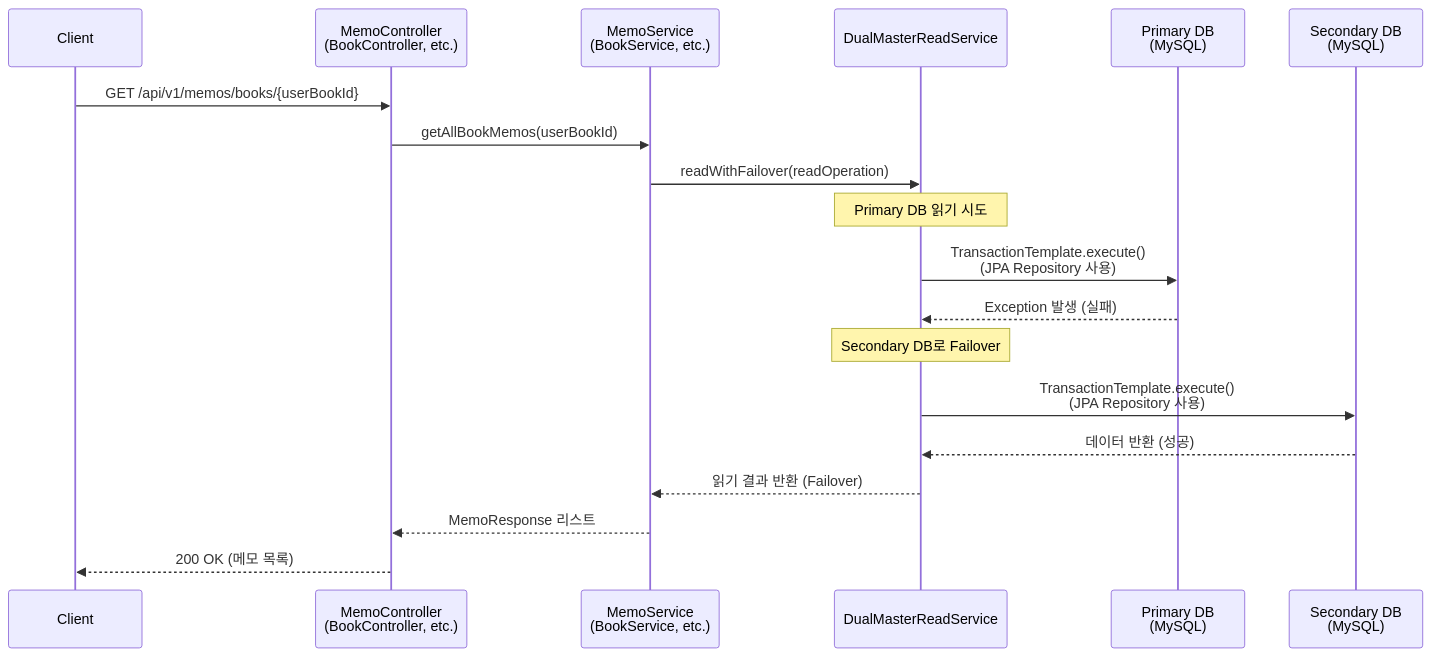
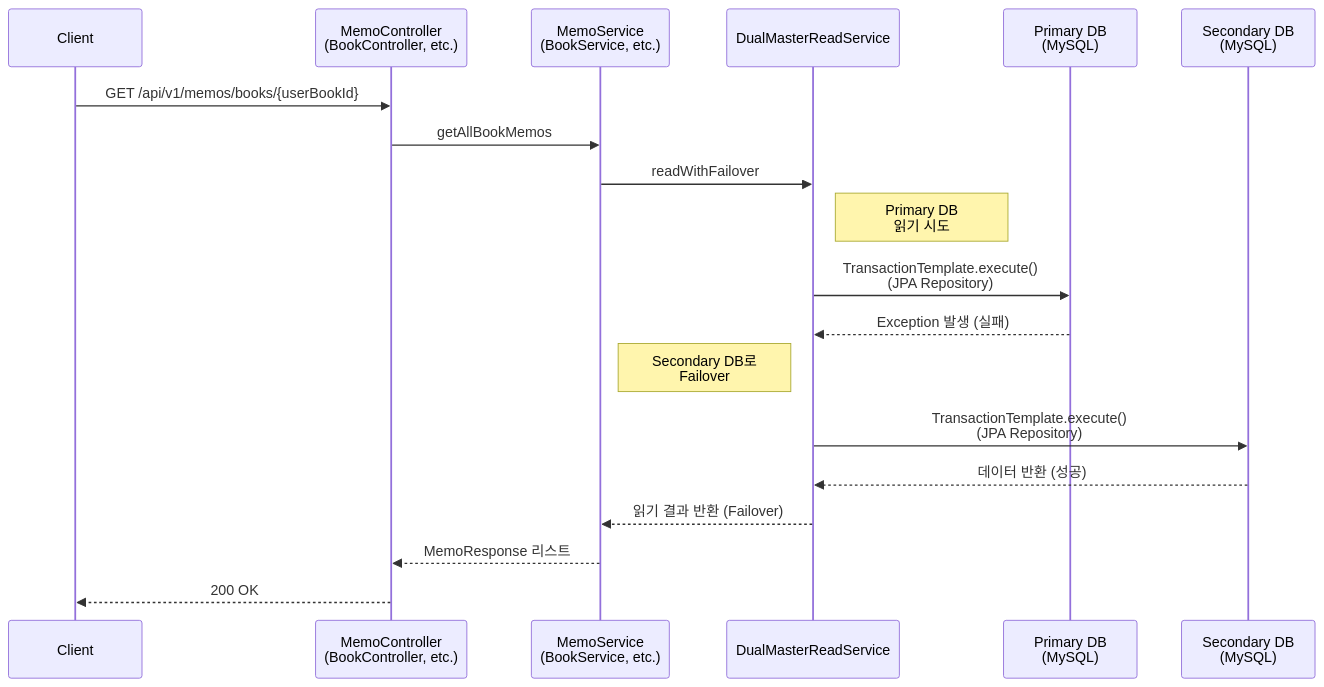
One commit to Park-Yena00/Reading_tracker changed the second of 7 diagrams in docs/architecture/SCENARIO2_RUNTIME_VIEW.md. Above: the diagram before and after it, drawn with Mermaid. The commit also changed other lines of this file and 2 other files, not shown here.

First line of the commit message:
docs: 다이어그램 선과 주석 겹침 문제 수정

````diff
--- a/docs/architecture/SCENARIO2_RUNTIME_VIEW.md
+++ b/docs/architecture/SCENARIO2_RUNTIME_VIEW.md
@@ -46,26 +45,25 @@
 ```mermaid
 sequenceDiagram
     participant Client
     participant Controller as MemoController<br/>(BookController, etc.)
     participant Service as MemoService<br/>(BookService, etc.)
     participant ReadService as DualMasterReadService
     participant PrimaryDB as Primary DB<br/>(MySQL)
     participant SecondaryDB as Secondary DB<br/>(MySQL)
 
     Client->>Controller: GET /api/v1/memos/books/{userBookId}
-    Controller->>Service: getAllBookMemos(userBookId)
+    Controller->>Service: getAllBookMemos
+    Service->>ReadService: readWithFailover
     
-    Service->>ReadService: readWithFailover(readOperation)
-    
-    Note over ReadService: Primary DB 읽기 시도
-    ReadService->>PrimaryDB: TransactionTemplate.execute()<br/>(JPA Repository 사용)
+    Note right of ReadService: Primary DB<br/>읽기 시도
+    ReadService->>PrimaryDB: TransactionTemplate.execute()<br/>(JPA Repository)
     PrimaryDB-->>ReadService: Exception 발생 (실패)
     
-    Note over ReadService: Secondary DB로 Failover
-    ReadService->>SecondaryDB: TransactionTemplate.execute()<br/>(JPA Repository 사용)
+    Note left of ReadService: Secondary DB로<br/>Failover
+    ReadService->>SecondaryDB: TransactionTemplate.execute()<br/>(JPA Repository)
     SecondaryDB-->>ReadService: 데이터 반환 (성공)
     
     ReadService-->>Service: 읽기 결과 반환 (Failover)
     Service-->>Controller: MemoResponse 리스트
-    Controller-->>Client: 200 OK (메모 목록)
+    Controller-->>Client: 200 OK
 ```
````
